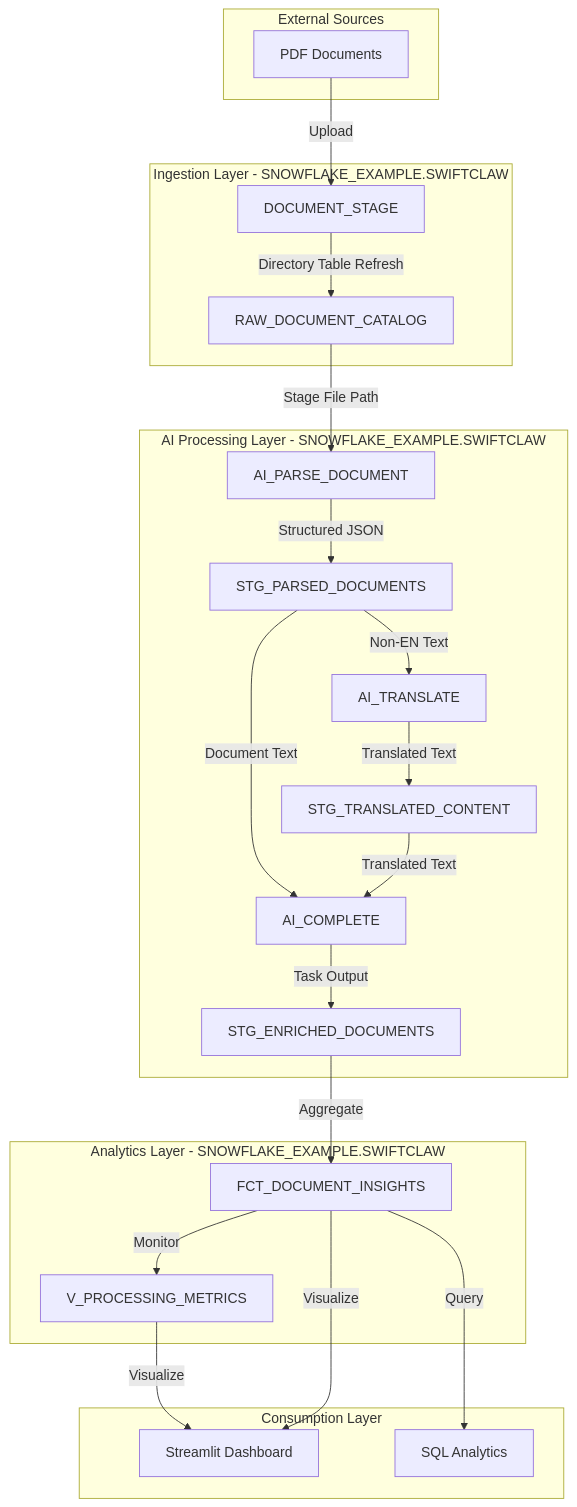
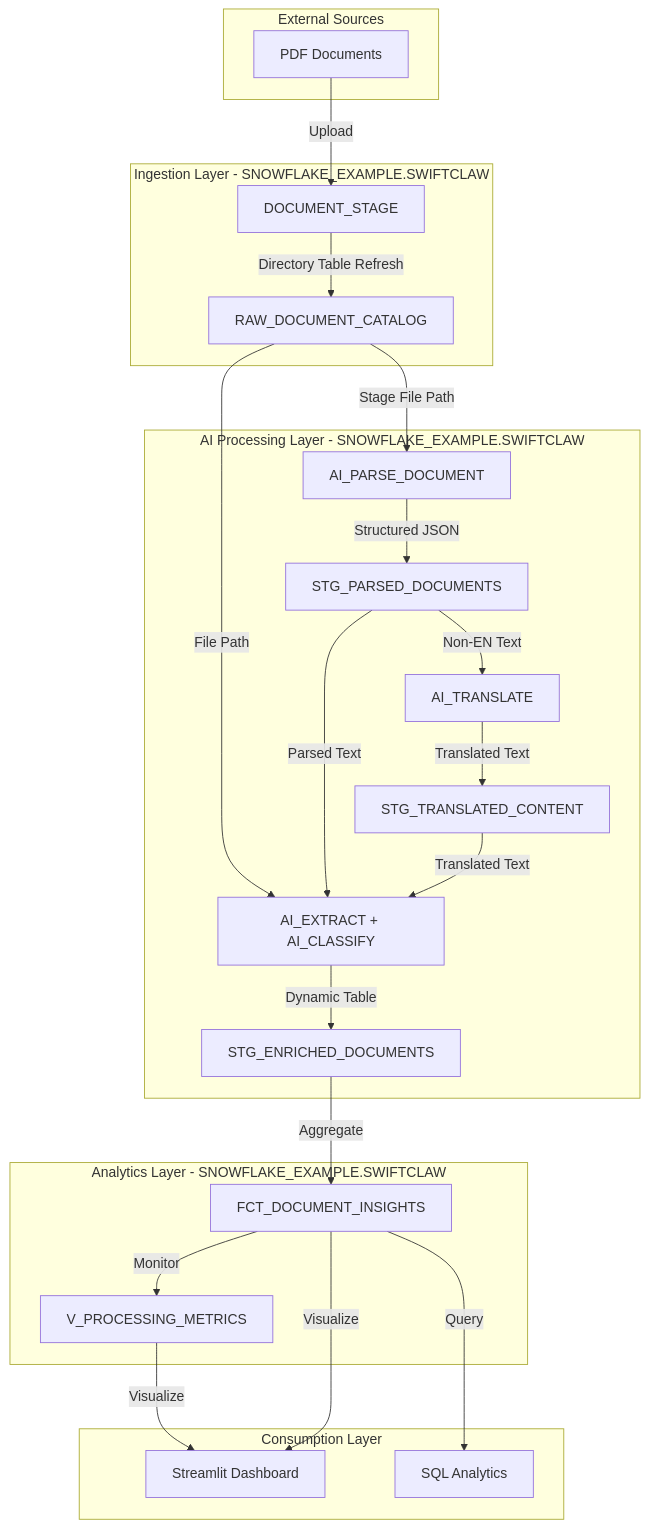
Before and after one commit to sfc-gh-miwhitaker/swiftclaw: the diagram in diagrams/data-flow.md, drawn with Mermaid. The commit also changed other lines of this file and 9 other files, not shown here.

````diff
--- a/diagrams/data-flow.md
+++ b/diagrams/data-flow.md
@@ -17,50 +17,51 @@
 ```mermaid
 flowchart TD
     subgraph externalSources [External Sources]
         PDF[PDF Documents]
     end
 
     subgraph ingestion [Ingestion Layer - SNOWFLAKE_EXAMPLE.SWIFTCLAW]
         Stage[DOCUMENT_STAGE]
         Catalog[RAW_DOCUMENT_CATALOG]
     end
 
     subgraph processing [AI Processing Layer - SNOWFLAKE_EXAMPLE.SWIFTCLAW]
         Parse[AI_PARSE_DOCUMENT]
         Parsed[STG_PARSED_DOCUMENTS]
         Translate[AI_TRANSLATE]
         Translated[STG_TRANSLATED_CONTENT]
-        Enrich[AI_COMPLETE]
+        Enrich[AI_EXTRACT + AI_CLASSIFY]
         Enriched[STG_ENRICHED_DOCUMENTS]
     end
 
     subgraph analytics [Analytics Layer - SNOWFLAKE_EXAMPLE.SWIFTCLAW]
         Insights[FCT_DOCUMENT_INSIGHTS]
         Metrics[V_PROCESSING_METRICS]
     end
 
     subgraph consumption [Consumption Layer]
         Streamlit[Streamlit Dashboard]
         SQL[SQL Analytics]
     end
 
     PDF -->|Upload| Stage
     Stage -->|Directory Table Refresh| Catalog
 
     Catalog -->|Stage File Path| Parse
     Parse -->|Structured JSON| Parsed
 
     Parsed -->|Non-EN Text| Translate
     Translate -->|Translated Text| Translated
 
-    Parsed -->|Document Text| Enrich
+    Catalog -->|File Path| Enrich
+    Parsed -->|Parsed Text| Enrich
     Translated -->|Translated Text| Enrich
-    Enrich -->|Task Output| Enriched
+    Enrich -->|Dynamic Table| Enriched
 
     Enriched -->|Aggregate| Insights
     Insights -->|Monitor| Metrics
 
     Metrics -->|Visualize| Streamlit
     Insights -->|Visualize| Streamlit
     Insights -->|Query| SQL
 ```
````
